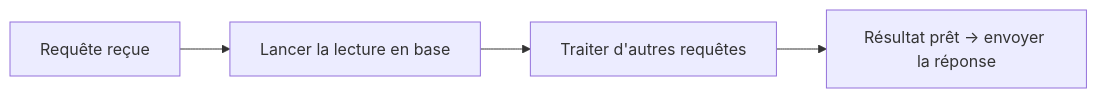
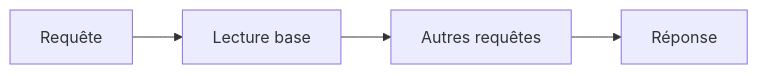
Before and after one commit to galsen-76/Informatique-: the diagram in 03 — Concepts/Node.js.md, drawn with Mermaid. The commit also changed 10 other files, not shown here.

First line of the commit message:
Concepts : diagrammes Mermaid raccourcis pour tenir en largeur

````diff
--- a/03 — Concepts/Node.js.md
+++ b/03 — Concepts/Node.js.md
@@ -45,6 +45,6 @@
 ```mermaid
 flowchart LR
-  A[Requête reçue] --> B[Lancer la lecture en base]
-  B --> C[Traiter d'autres requêtes]
-  C --> D[Résultat prêt → envoyer la réponse]
+  A[Requête] --> B[Lecture base]
+  B --> C[Autres requêtes]
+  C --> D[Réponse]
 ```
````
